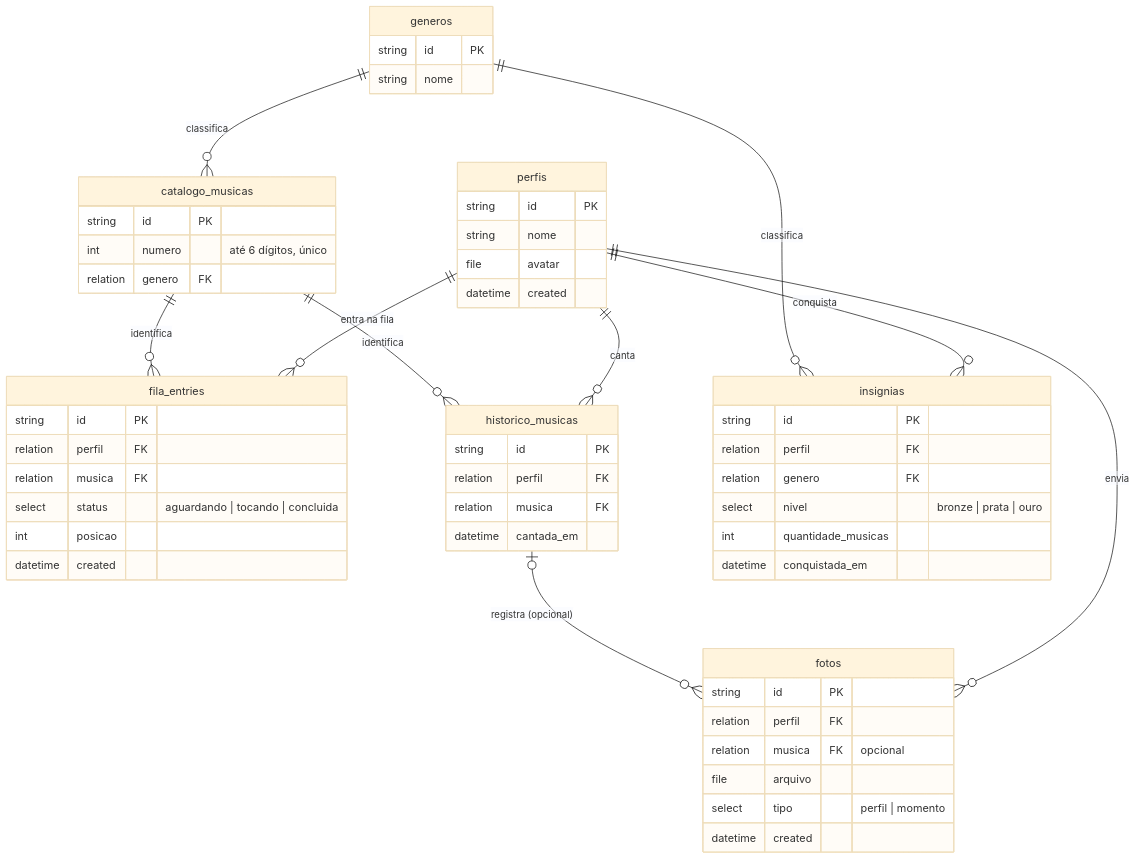
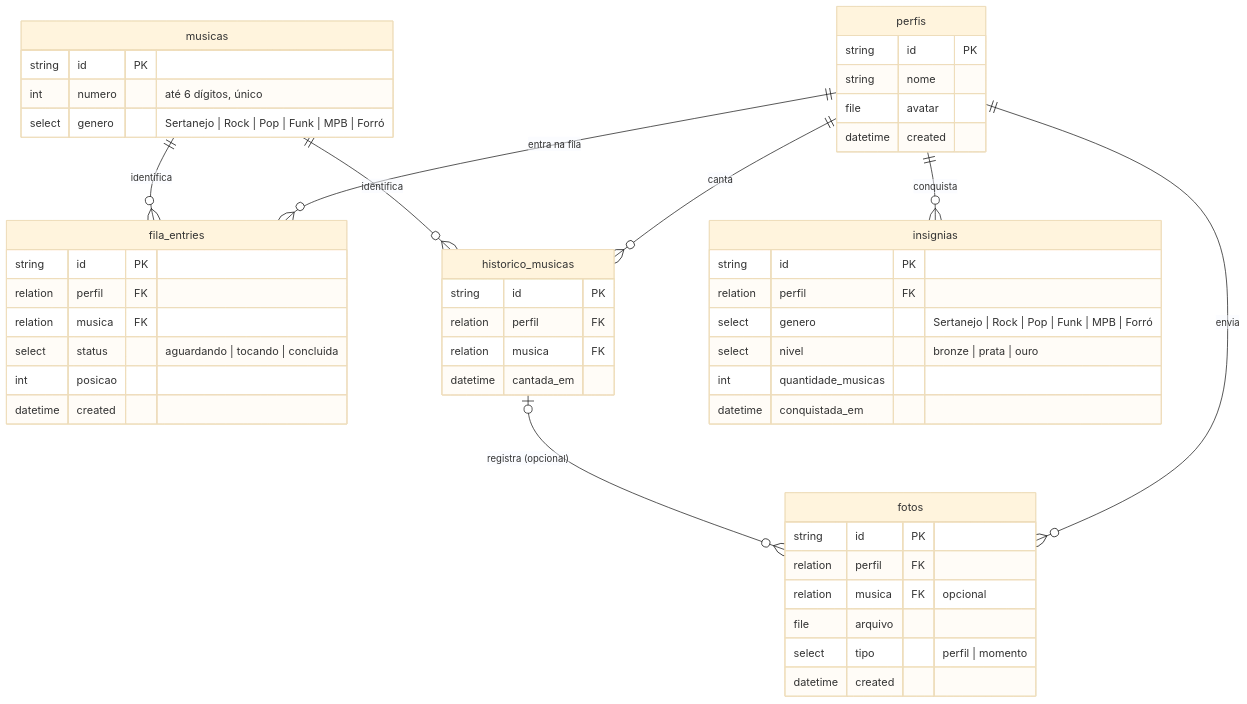
The diagram in README.md (william-wv/app-julius), drawn with Mermaid (base theme) before and after one commit. The commit also changed other lines of this file, not shown here.

Commit message:
docs: remove tabela generos, genero vira select em musicas

````diff
--- a/README.md
+++ b/README.md
@@ -50,58 +50,52 @@
 ```mermaid
 erDiagram
     perfis ||--o{ fila_entries : "entra na fila"
     perfis ||--o{ historico_musicas : "canta"
     perfis ||--o{ insignias : "conquista"
     perfis ||--o{ fotos : "envia"
-    catalogo_musicas ||--o{ fila_entries : "identifica"
-    catalogo_musicas ||--o{ historico_musicas : "identifica"
+    musicas ||--o{ fila_entries : "identifica"
+    musicas ||--o{ historico_musicas : "identifica"
     historico_musicas |o--o{ fotos : "registra (opcional)"
-    generos ||--o{ catalogo_musicas : "classifica"
-    generos ||--o{ insignias : "classifica"
 
     perfis {
         string id PK
         string nome
         file avatar
         datetime created
     }
-    generos {
-        string id PK
-        string nome
-    }
-    catalogo_musicas {
+    musicas {
         string id PK
         int numero "até 6 dígitos, único"
-        relation genero FK
+        select genero "Sertanejo | Rock | Pop | Funk | MPB | Forró"
     }
     fila_entries {
         string id PK
         relation perfil FK
         relation musica FK
         select status "aguardando | tocando | concluida"
         int posicao
         datetime created
     }
     historico_musicas {
         string id PK
         relation perfil FK
         relation musica FK
         datetime cantada_em
     }
     insignias {
         string id PK
         relation perfil FK
-        relation genero FK
+        select genero "Sertanejo | Rock | Pop | Funk | MPB | Forró"
         select nivel "bronze | prata | ouro"
         int quantidade_musicas
         datetime conquistada_em
     }
     fotos {
         string id PK
         relation perfil FK
         relation musica FK "opcional"
         file arquivo
         select tipo "perfil | momento"
         datetime created
     }
 ```
````
